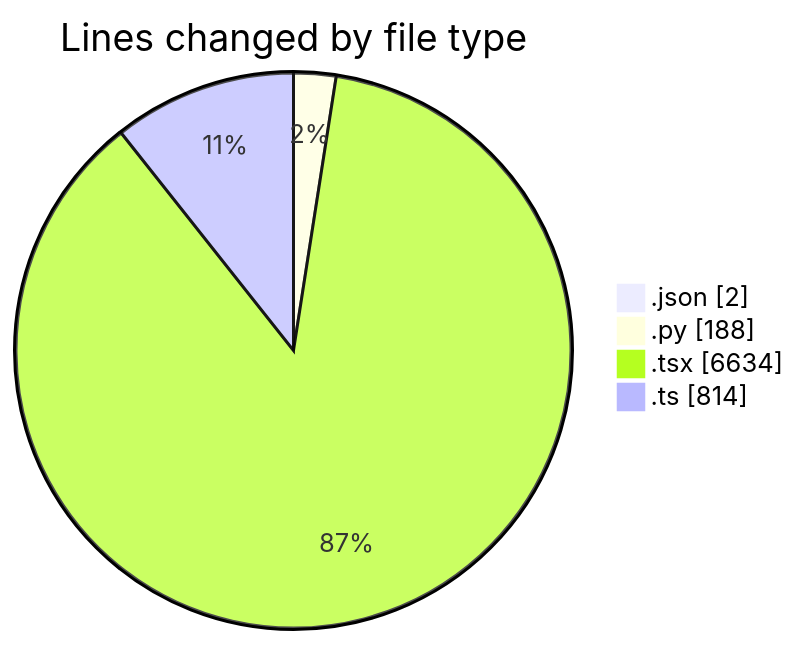
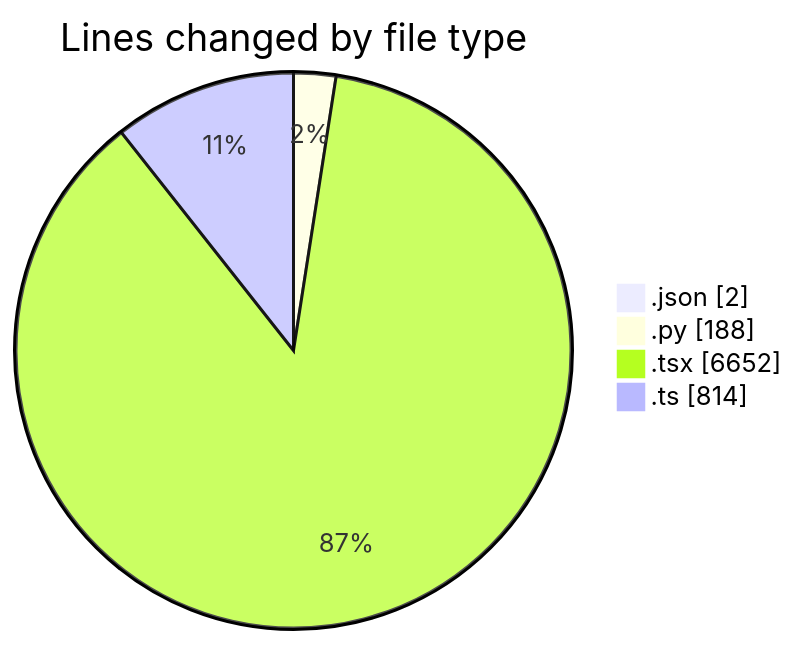
Before and after one commit to julien-gomy/code-tracking: the first of 2 diagrams in 2025-10-06/eventscop-frontend-guide__workspace_/README.md, drawn with Mermaid. The commit also changed other lines of this file and 1 other file, not shown here.

````diff
--- a/2025-10-06/eventscop-frontend-guide__workspace_/README.md
+++ b/2025-10-06/eventscop-frontend-guide__workspace_/README.md
@@ -61,8 +61,8 @@
 ```mermaid
 pie showData
 title Lines changed by file type
 ".json" : 2
 ".py" : 188
-".tsx" : 6634
+".tsx" : 6652
 ".ts" : 814
 ```
````
